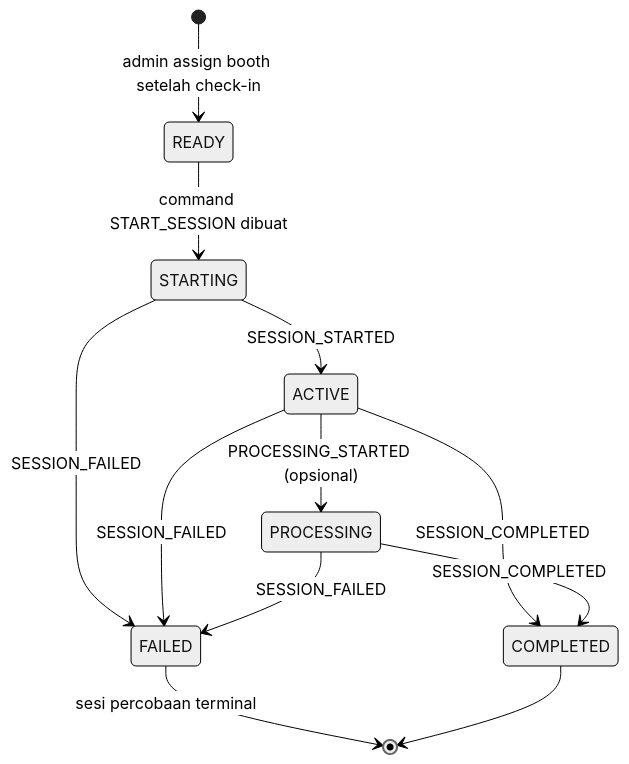
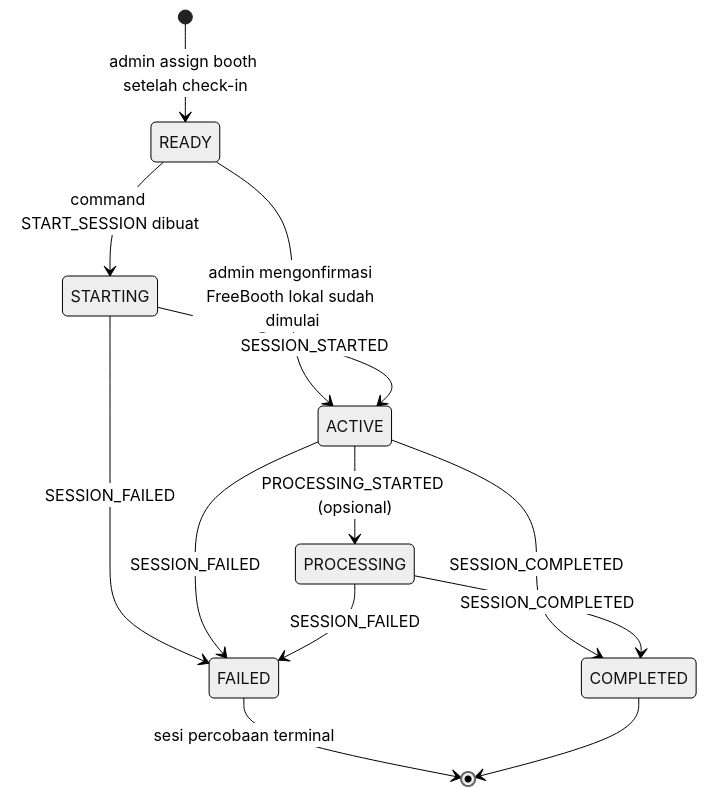
Before and after one commit to ryapps/fotiu: the sixth of 6 diagrams in docs/DESIGN.md, drawn with Mermaid (neutral theme). The commit also changed other lines of this file and 95 other files, not shown here.

````diff
--- a/docs/DESIGN.md
+++ b/docs/DESIGN.md
@@ -882,14 +917,15 @@
 ```mermaid
 stateDiagram-v2
     [*] --> READY: admin assign booth setelah check-in
     READY --> STARTING: command START_SESSION dibuat
+    READY --> ACTIVE: admin mengonfirmasi FreeBooth lokal sudah dimulai
     STARTING --> ACTIVE: SESSION_STARTED
     STARTING --> FAILED: SESSION_FAILED
     ACTIVE --> PROCESSING: PROCESSING_STARTED (opsional)
     ACTIVE --> COMPLETED: SESSION_COMPLETED
     ACTIVE --> FAILED: SESSION_FAILED
     PROCESSING --> COMPLETED: SESSION_COMPLETED
     PROCESSING --> FAILED: SESSION_FAILED
     FAILED --> [*]: sesi percobaan terminal
     COMPLETED --> [*]
 ```
````
